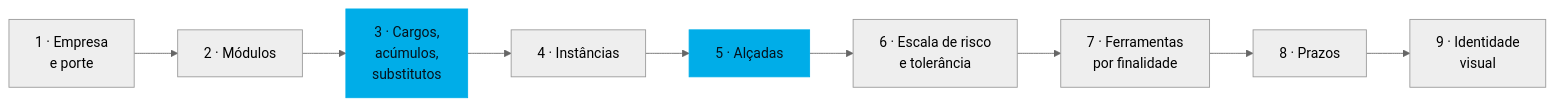
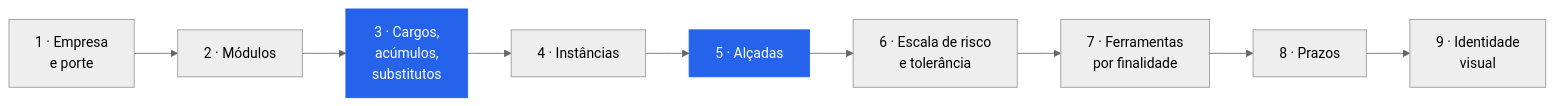
One commit to resper1965/esqueleto-governanca changed the diagram in docs/entrevista.md. Above: the diagram before and after it, drawn with Mermaid (neutral theme). The commit also changed 11 other files, not shown here.

````diff
--- a/docs/entrevista.md
+++ b/docs/entrevista.md
@@ -16,14 +16,14 @@
 ```mermaid
 flowchart LR
     A["1 · Empresa<br/>e porte"] --> B["2 · Módulos"]
     B --> C["3 · Cargos,<br/>acúmulos,<br/>substitutos"]
     C --> D["4 · Instâncias"]
     D --> E["5 · Alçadas"]
     E --> F["6 · Escala de risco<br/>e tolerância"]
     F --> G["7 · Ferramentas<br/>por finalidade"]
     G --> H["8 · Prazos"]
     H --> I["9 · Identidade<br/>visual"]
 
-    style C fill:#00ADE8,stroke:#00ADE8,color:#04121C
-    style E fill:#00ADE8,stroke:#00ADE8,color:#04121C
+    style C fill:#2563EB,stroke:#2563EB,color:#FFFFFF
+    style E fill:#2563EB,stroke:#2563EB,color:#FFFFFF
 ```
````
